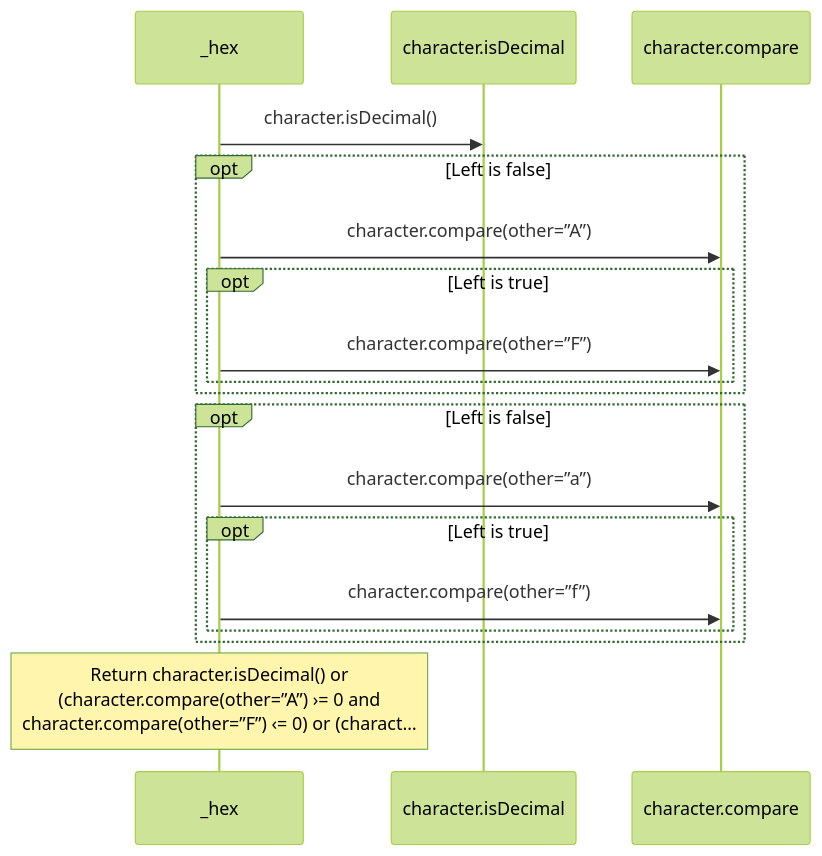
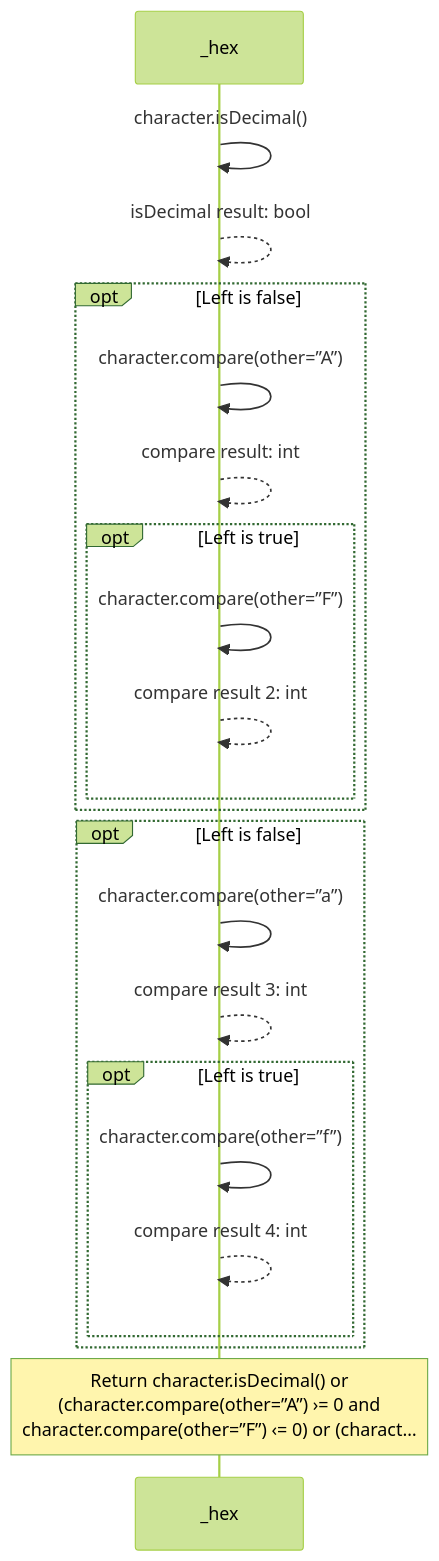
Before and after one commit to GreenPandaStudios/augscript: diagram 13 of 13 in src/stdlib/values/urls.aug.diagrams.md, drawn with Mermaid (forest theme). The commit also changed other lines of this file and 304 other files, not shown here.

Commit message:
Make generated data-flow sequences concise and review every diagram

````diff
--- a/src/stdlib/values/urls.aug.diagrams.md
+++ b/src/stdlib/values/urls.aug.diagrams.md
@@ -344,20 +386,24 @@
 ```mermaid
 sequenceDiagram
     participant p0 as _hex
-    participant p1 as character.isDecimal
-    participant p2 as character.compare
-    p0->>p1: character.isDecimal()
+
+    p0->>p0: character.isDecimal()
+    p0-->>p0: isDecimal result: bool
     opt Left is false
-    p0->>p2: character.compare(other=”A”)
+    p0->>p0: character.compare(other=”A”)
+    p0-->>p0: compare result: int
     opt Left is true
-    p0->>p2: character.compare(other=”F”)
+    p0->>p0: character.compare(other=”F”)
+    p0-->>p0: compare result 2: int
     end
     end
     opt Left is false
-    p0->>p2: character.compare(other=”a”)
+    p0->>p0: character.compare(other=”a”)
+    p0-->>p0: compare result 3: int
     opt Left is true
-    p0->>p2: character.compare(other=”f”)
+    p0->>p0: character.compare(other=”f”)
+    p0-->>p0: compare result 4: int
     end
     end
     Note over p0: Return character.isDecimal() or<br/>(character.compare(other=”A”) ›= 0 and<br/>character.compare(other=”F”) ‹= 0) or (charact…
 ```
````
